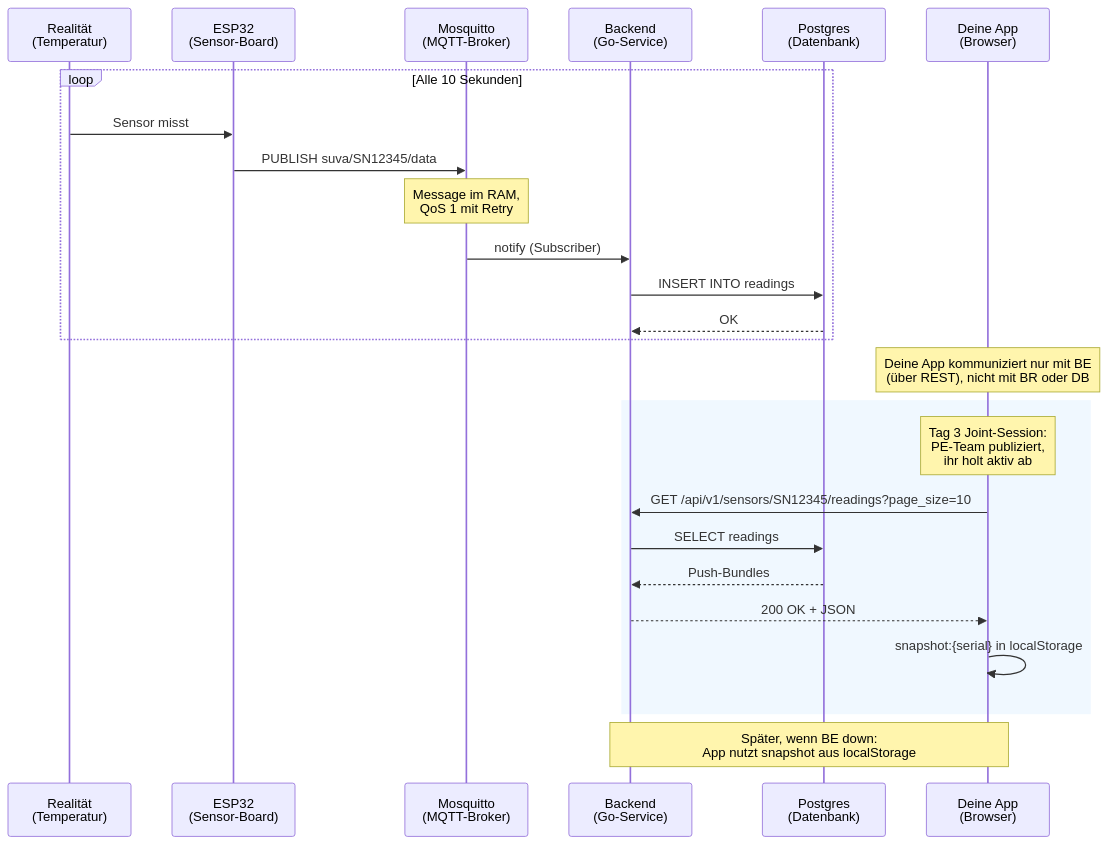
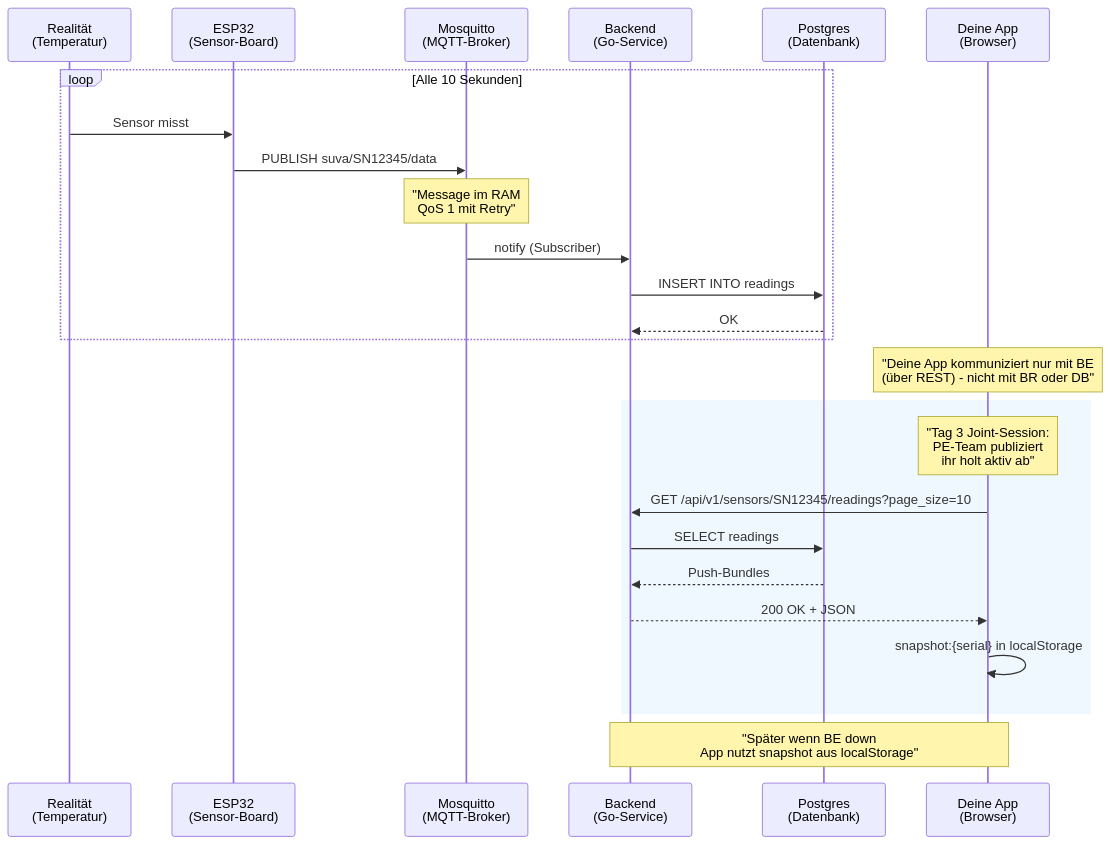
The diagram in docs/tag-3/integration.md (HeiligerG/ae-raumklima-bootcamp), drawn with Mermaid before and after one commit. The commit also changed 1 other file, not shown here.

Commit message:
fix(mermaid): Kommas in Note-over-Text in Anfuehrungszeichen setzen
User-Report: mermaid version 10.9.8
'Syntax error in text - Parse error on line 6:
...    Note over PE,TR,AE: Phase 1: PE-Tea
----------------------^

Ursache: mermaid 10.9 ist strenger bei 'Note over X: text' -
das Komma im Text wird als Sequence-Step-Trennzeichen
interpretiert.

Fix in tag-2/schnittstellen.md (5 Zeilen) und
tag-3/integration.md (4 Zeilen): Note-Texte in
doppelte Anfuehrungszeichen setzen, damit mermaid
den Text als Ganzes liest (nicht als Komma-getrennte
Sequenz).

'Später' -> 'Spaeter' in einem Note (Sonderzeichen
in mermaid-Sequenz problematisch).

Andere Mermaid-Dateien (theorie-json-api-fetch) sind
bereits korrekt (keine Kommas in Note-Texten).

````diff
--- a/docs/tag-3/integration.md
+++ b/docs/tag-3/integration.md
@@ -14,31 +14,31 @@
 ```mermaid
 sequenceDiagram
     participant R as Realität<br/>(Temperatur)
     participant ESP as ESP32<br/>(Sensor-Board)
     participant BR as Mosquitto<br/>(MQTT-Broker)
     participant BE as Backend<br/>(Go-Service)
     participant DB as Postgres<br/>(Datenbank)
     participant APP as Deine App<br/>(Browser)
 
     loop Alle 10 Sekunden
         R->>ESP: Sensor misst
         ESP->>BR: PUBLISH suva/SN12345/data
-        Note over BR: Message im RAM,<br/>QoS 1 mit Retry
+        Note over BR: "Message im RAM<br/>QoS 1 mit Retry"
         BR->>BE: notify (Subscriber)
         BE->>DB: INSERT INTO readings
         DB-->>BE: OK
     end
 
-    Note over APP: Deine App kommuniziert nur mit BE<br/>(über REST), nicht mit BR oder DB
+    Note over APP: "Deine App kommuniziert nur mit BE<br/>(über REST) - nicht mit BR oder DB"
 
     rect rgb(240, 248, 255)
-        Note over APP: Tag 3 Joint-Session:<br/>PE-Team publiziert,<br/>ihr holt aktiv ab
+        Note over APP: "Tag 3 Joint-Session:<br/>PE-Team publiziert<br/>ihr holt aktiv ab"
         APP->>BE: GET /api/v1/sensors/SN12345/readings?page_size=10
         BE->>DB: SELECT readings
         DB-->>BE: Push-Bundles
         BE-->>APP: 200 OK + JSON
         APP->>APP: snapshot:{serial} in localStorage
     end
 
-    Note over APP,BE: Später, wenn BE down:<br/>App nutzt snapshot aus localStorage
+    Note over APP,BE: "Später wenn BE down<br/>App nutzt snapshot aus localStorage"
 ```
````
